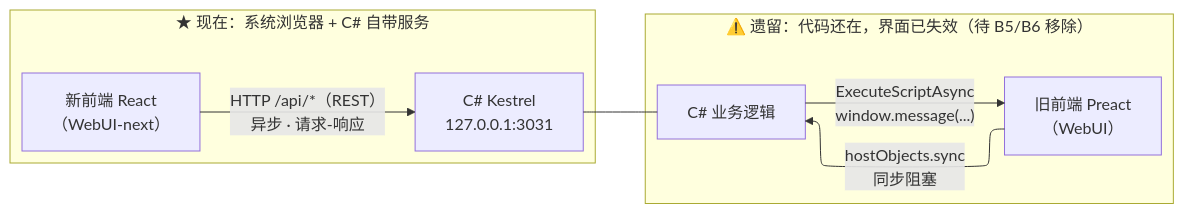
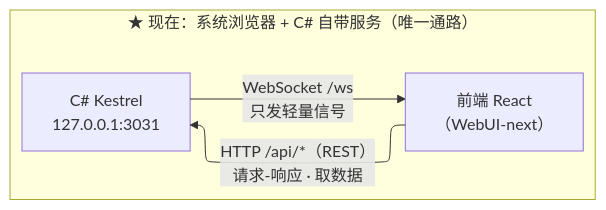
The diagram in AGENT.md (Aa-arun/iagd), drawn with Mermaid before and after one commit. The commit also changed other lines of this file, not shown here.

Commit message:
文档整理：AGENT.md 更新工程结构、通信图与进度（WebView2 已删、WebSocket 已实现且不沿用旧枚举）

````diff
--- a/AGENT.md
+++ b/AGENT.md
@@ -117,16 +124,9 @@
 ```mermaid
 %%{init: {"flowchart": {"defaultRenderer": "elk"}} }%%
 flowchart LR
-    subgraph Now["★ 现在：系统浏览器 + C# 自带服务"]
+    subgraph Now["★ 现在：系统浏览器 + C# 自带服务（唯一通路）"]
         direction LR
-        FE2["新前端 React<br/>（WebUI-next）"] -- "HTTP /api/*（REST）<br/>异步 · 请求-响应" --> C2["C# Kestrel<br/>127.0.0.1:3031"]
+        FE2["前端 React<br/>（WebUI-next）"] -- "HTTP /api/*（REST）<br/>请求-响应 · 取数据" --> C2["C# Kestrel<br/>127.0.0.1:3031"]
+        C2 -- "WebSocket /ws<br/>只发轻量信号" --> FE2
     end
-
-    subgraph Legacy["⚠️ 遗留：代码还在，界面已失效（待 B5/B6 移除）"]
-        direction LR
-        FE1["旧前端 Preact<br/>（WebUI）"] -- "hostObjects.sync<br/>同步阻塞" --> C1["C# 业务逻辑"]
-        C1 -- "ExecuteScriptAsync<br/>window.message(...)" --> FE1
-    end
-
-    C2 --- C1
 ```
````
